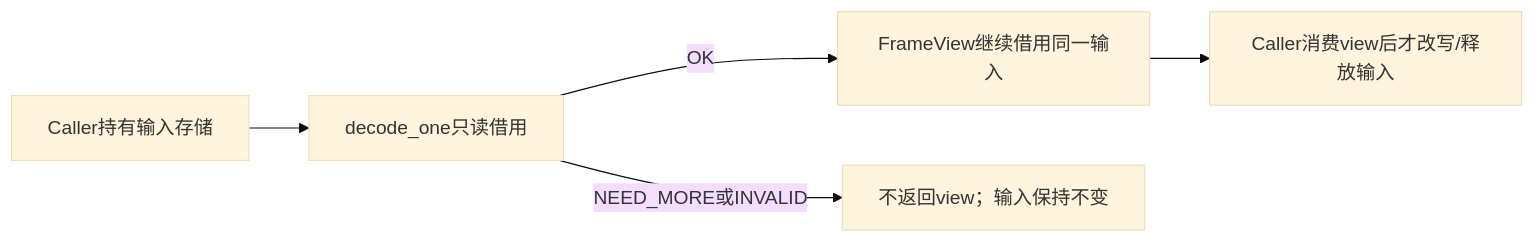
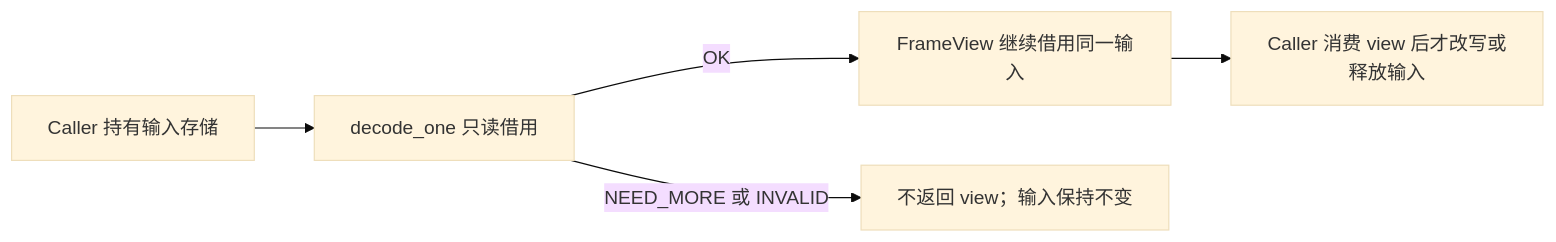
The second of 5 diagrams in templates/design/implementation-design.md (corezilla/STD), drawn with Mermaid (base theme) before and after one commit. The commit also changed other lines of this file and 67 other files, not shown here.

````diff
--- a/templates/design/implementation-design.md
+++ b/templates/design/implementation-design.md
@@ -150,7 +261,7 @@
 ```mermaid
 flowchart LR
- A["Caller持有输入存储"] --> B["decode_one只读借用"]
- B -->|OK| C["FrameView继续借用同一输入"]
- C --> D["Caller消费view后才改写/释放输入"]
- B -->|NEED_MORE或INVALID| E["不返回view；输入保持不变"]
+ A["Caller 持有输入存储"] --> B["decode_one 只读借用"]
+ B -->|OK| C["FrameView 继续借用同一输入"]
+ C --> D["Caller 消费 view 后才改写或释放输入"]
+ B -->|NEED_MORE 或 INVALID| E["不返回 view；输入保持不变"]
 ```
````
